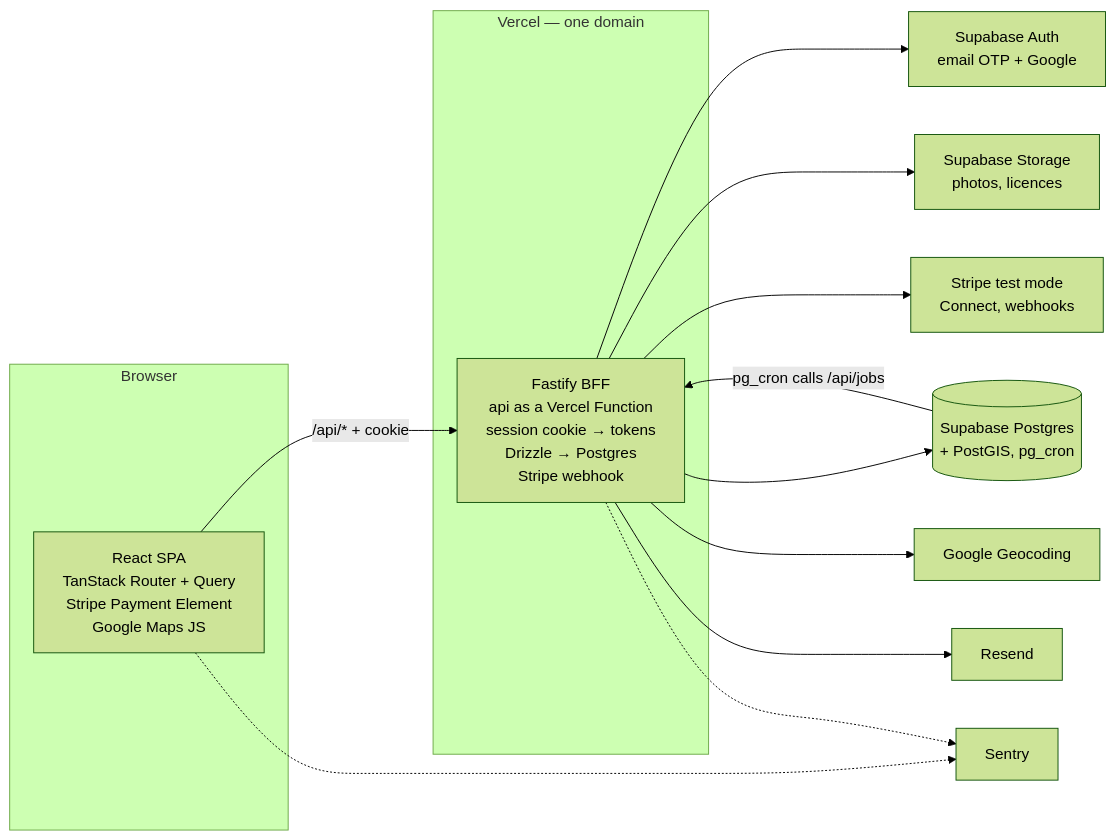
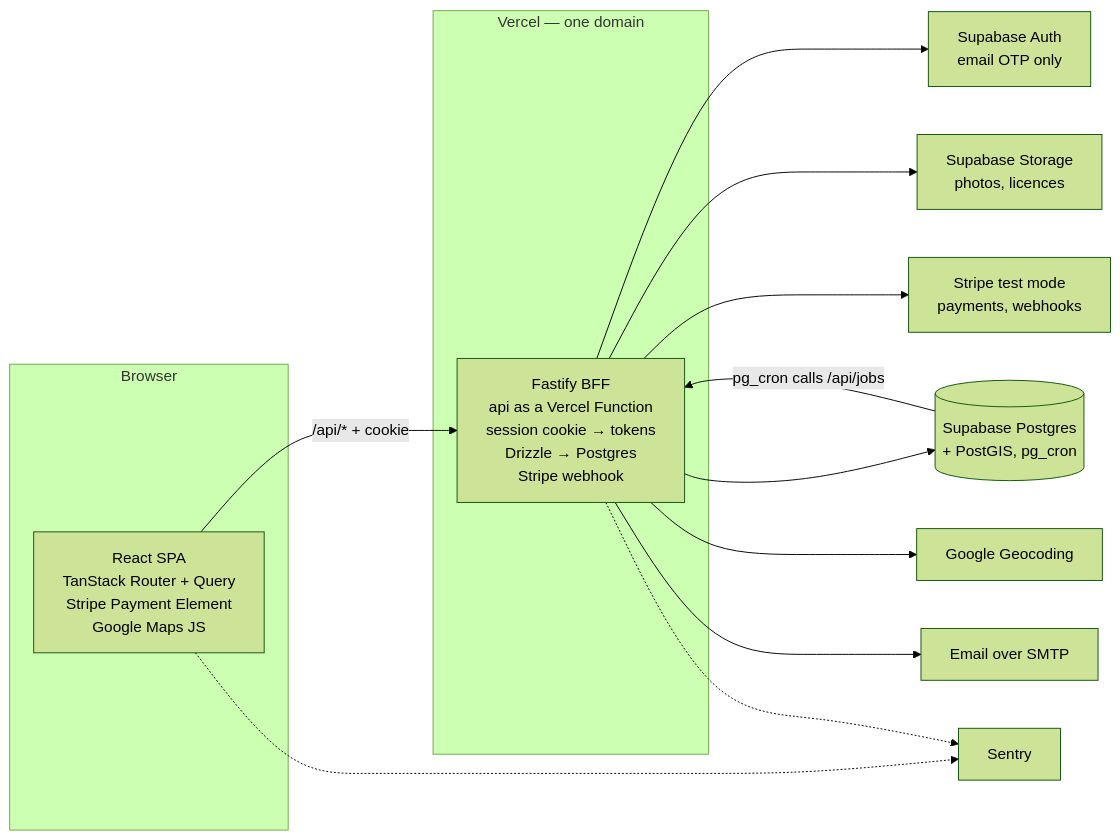
One commit to rachelwong/preppers changed the first of 2 diagrams in docs/plan/03-architecture.md. Above: the diagram before and after it, drawn with Mermaid (forest theme). The commit also changed other lines of this file and 44 other files, not shown here.

````diff
--- a/docs/plan/03-architecture.md
+++ b/docs/plan/03-architecture.md
@@ -5,19 +5,19 @@
 ```mermaid
 flowchart LR
   subgraph Browser
     WEB[React SPA<br/>TanStack Router + Query<br/>Stripe Payment Element<br/>Google Maps JS]
   end
   subgraph Vercel["Vercel — one domain"]
     API[Fastify BFF<br/>api as a Vercel Function<br/>session cookie → tokens<br/>Drizzle → Postgres<br/>Stripe webhook]
   end
   WEB -->|"/api/* + cookie"| API
-  API --> AUTH[Supabase Auth<br/>email OTP + Google]
+  API --> AUTH[Supabase Auth<br/>email OTP only]
   API --> DB[(Supabase Postgres<br/>+ PostGIS, pg_cron)]
   API --> ST[Supabase Storage<br/>photos, licences]
-  API --> STRIPE[Stripe test mode<br/>Connect, webhooks]
+  API --> STRIPE[Stripe test mode<br/>payments, webhooks]
   API --> GEO[Google Geocoding]
-  API --> MAIL[Resend]
+  API --> MAIL[Email over SMTP]
   WEB -.-> SENTRY[Sentry]
   API -.-> SENTRY
   DB -->|pg_cron calls /api/jobs| API
 ```
````
